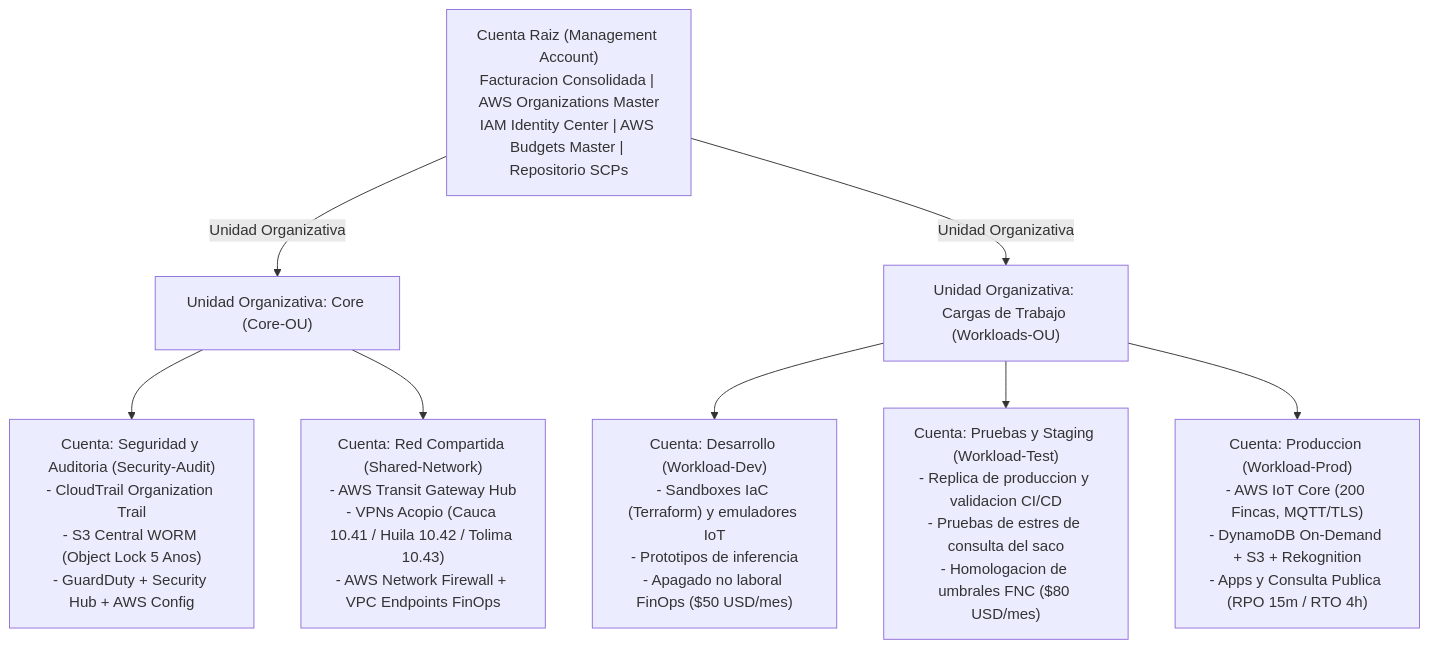
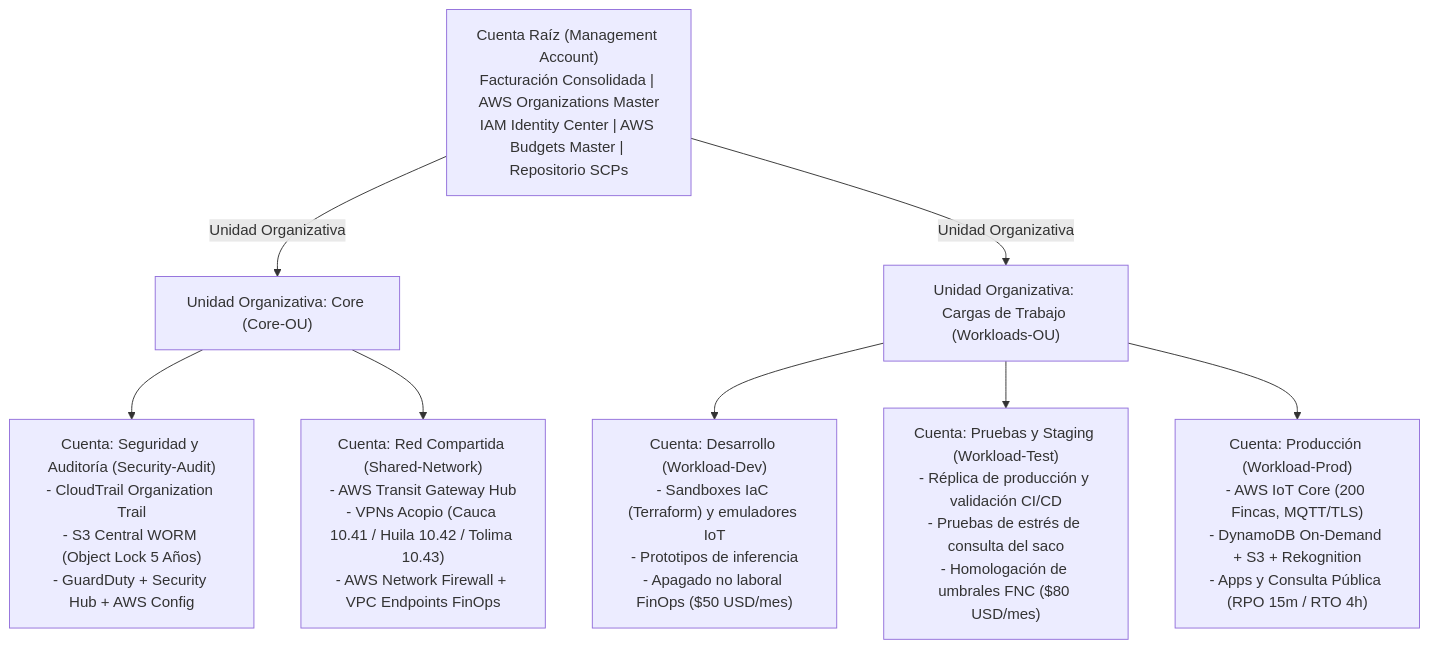
One commit to aromapacifico-platform/planning changed the diagram in docs/architecture/gobierno-landing-zone.md. Above: the diagram before and after it, drawn with Mermaid. The commit also changed other lines of this file and 2 other files, not shown here.

Commit message:
docs(architecture): fix orthography and accents in landing zone docs

````diff
--- a/docs/architecture/gobierno-landing-zone.md
+++ b/docs/architecture/gobierno-landing-zone.md
@@ -29,14 +35,14 @@
 ```mermaid
 flowchart TD
-    ROOT["Cuenta Raiz (Management Account)\nFacturacion Consolidada | AWS Organizations Master\nIAM Identity Center | AWS Budgets Master | Repositorio SCPs"]
+    ROOT["Cuenta Raíz (Management Account)\nFacturación Consolidada | AWS Organizations Master\nIAM Identity Center | AWS Budgets Master | Repositorio SCPs"]
     
     ROOT -->|"Unidad Organizativa"| OU_CORE["Unidad Organizativa: Core (Core-OU)"]
     ROOT -->|"Unidad Organizativa"| OU_WORKLOADS["Unidad Organizativa: Cargas de Trabajo (Workloads-OU)"]
     
-    OU_CORE --> ACC_SEC["Cuenta: Seguridad y Auditoria (Security-Audit)\n- CloudTrail Organization Trail\n- S3 Central WORM (Object Lock 5 Anos)\n- GuardDuty + Security Hub + AWS Config"]
+    OU_CORE --> ACC_SEC["Cuenta: Seguridad y Auditoría (Security-Audit)\n- CloudTrail Organization Trail\n- S3 Central WORM (Object Lock 5 Años)\n- GuardDuty + Security Hub + AWS Config"]
     OU_CORE --> ACC_NET["Cuenta: Red Compartida (Shared-Network)\n- AWS Transit Gateway Hub\n- VPNs Acopio (Cauca 10.41 / Huila 10.42 / Tolima 10.43)\n- AWS Network Firewall + VPC Endpoints FinOps"]
     
     OU_WORKLOADS --> ACC_DEV["Cuenta: Desarrollo (Workload-Dev)\n- Sandboxes IaC (Terraform) y emuladores IoT\n- Prototipos de inferencia\n- Apagado no laboral FinOps ($50 USD/mes)"]
-    OU_WORKLOADS --> ACC_TEST["Cuenta: Pruebas y Staging (Workload-Test)\n- Replica de produccion y validacion CI/CD\n- Pruebas de estres de consulta del saco\n- Homologacion de umbrales FNC ($80 USD/mes)"]
-    OU_WORKLOADS --> ACC_PROD["Cuenta: Produccion (Workload-Prod)\n- AWS IoT Core (200 Fincas, MQTT/TLS)\n- DynamoDB On-Demand + S3 + Rekognition\n- Apps y Consulta Publica (RPO 15m / RTO 4h)"]
+    OU_WORKLOADS --> ACC_TEST["Cuenta: Pruebas y Staging (Workload-Test)\n- Réplica de producción y validación CI/CD\n- Pruebas de estrés de consulta del saco\n- Homologación de umbrales FNC ($80 USD/mes)"]
+    OU_WORKLOADS --> ACC_PROD["Cuenta: Producción (Workload-Prod)\n- AWS IoT Core (200 Fincas, MQTT/TLS)\n- DynamoDB On-Demand + S3 + Rekognition\n- Apps y Consulta Pública (RPO 15m / RTO 4h)"]
 ```
````
